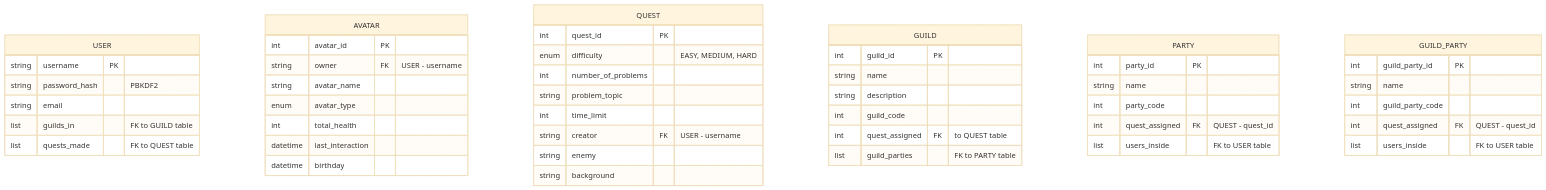
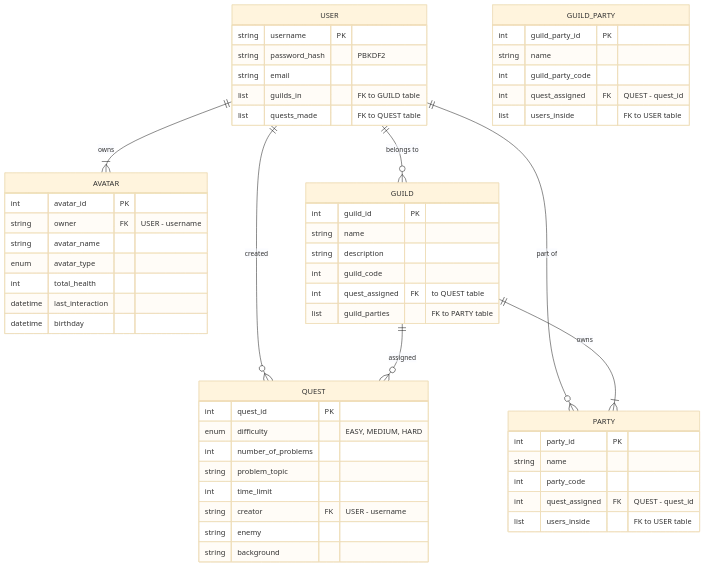
Before and after one commit to capstone-projects-2024-fall/devs-and-dragons: the diagram in documentation/docs/system-architecture/database-diagrams.md, drawn with Mermaid (base theme).

````diff
--- a/documentation/docs/system-architecture/database-diagrams.md
+++ b/documentation/docs/system-architecture/database-diagrams.md
@@ -9,56 +9,62 @@
 ```mermaid
 erDiagram
+USER ||--|{ AVATAR : owns
+USER ||--o{ GUILD : "belongs to"
+USER ||--o{ QUEST : "created"
+USER ||--o{ PARTY : "part of"
+GUILD ||--o{ QUEST : "assigned"
+GUILD ||--|{ PARTY : "owns"
     USER {
         string username PK
         string password_hash "PBKDF2"
         string email
         list guilds_in "FK to GUILD table"
         list quests_made "FK to QUEST table"
     }
 
     AVATAR {
         int avatar_id PK
         string owner FK "USER - username"
         string avatar_name
         enum avatar_type
         int total_health
         datetime last_interaction
         datetime birthday
     }
 
     QUEST {
         int quest_id PK
         enum difficulty "EASY, MEDIUM, HARD"
         int number_of_problems
         string problem_topic
         int time_limit 
         string creator FK "USER - username"
         string enemy
         string background
     }
 
     GUILD {
         int guild_id PK
         string name
         string description
         int guild_code 
         int quest_assigned FK "to QUEST table"
         list guild_parties "FK to PARTY table"
     }
 
     PARTY {
         int party_id PK
         string name
         int party_code
         int quest_assigned FK "QUEST - quest_id"
         list users_inside "FK to USER table"
     }
 
     GUILD_PARTY {
         int guild_party_id PK
         string name
         int guild_party_code
         int quest_assigned FK "QUEST - quest_id"
         list users_inside "FK to USER table"
     }
 ```
````
